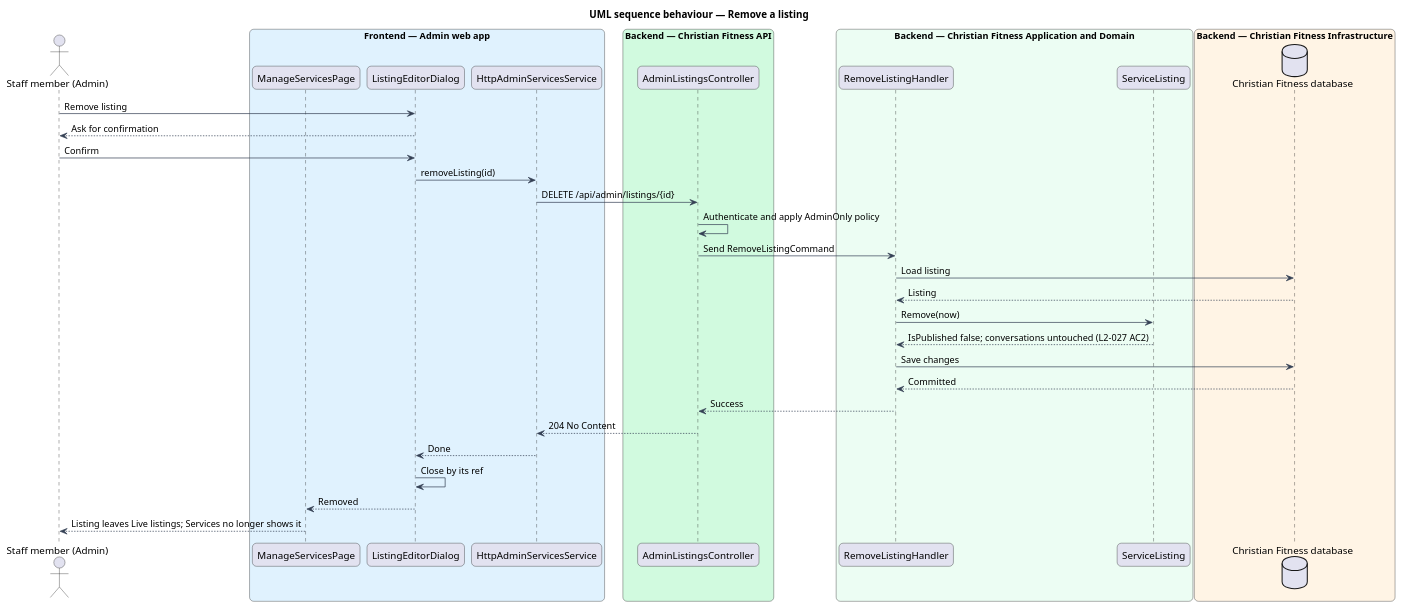
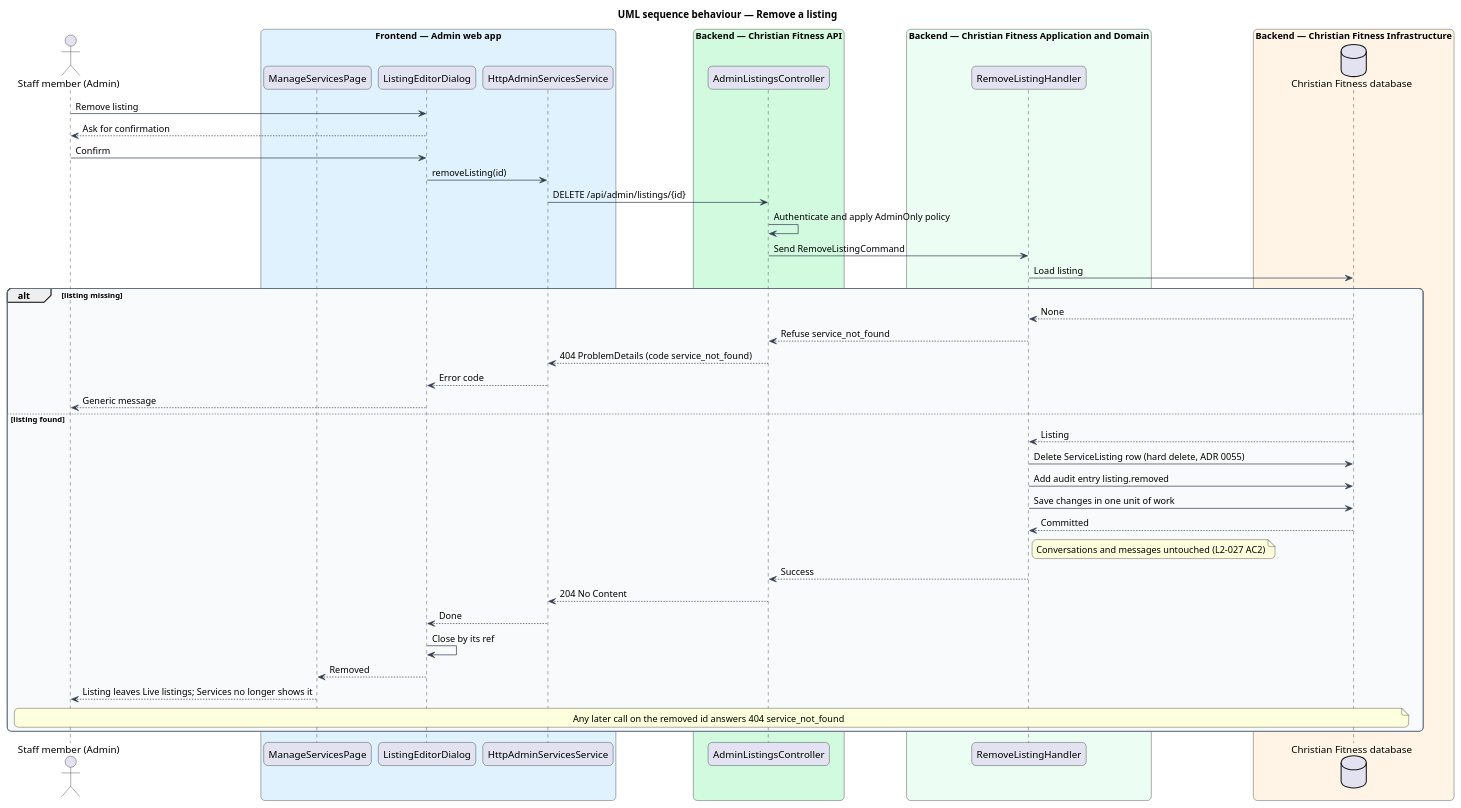
One commit to QuinntyneBrown/christian-fitness changed the diagram in docs/detailed-designs/admin-services/edit-and-remove-listings/diagrams/sequence-remove.puml. Above: the diagram before and after it, drawn with PlantUML. The commit also changed 17 other files, not shown here.

First line of the commit message:
Follow-ups: re-render stale diagrams and fix offline flake

```diff
--- a/docs/detailed-designs/admin-services/edit-and-remove-listings/diagrams/sequence-remove.puml
+++ b/docs/detailed-designs/admin-services/edit-and-remove-listings/diagrams/sequence-remove.puml
@@ -1,52 +1,61 @@
 @startuml
 title UML sequence behaviour — Remove a listing
 skinparam backgroundColor #FFFFFF
 skinparam shadowing false
 skinparam roundcorner 12
 skinparam defaultFontName Arial
 skinparam ArrowColor #344054
 skinparam rectangle {
   BorderColor #344054
   FontColor #101828
 }
 skinparam package {
   BorderColor #667085
   FontColor #101828
   BackgroundColor #F9FAFB
 }
 actor "Staff member (Admin)" as actor
 box "Frontend — Admin web app" #E0F2FE
   participant "ManageServicesPage" as page
   participant "ListingEditorDialog" as dlg
   participant "HttpAdminServicesService" as client
 end box
 box "Backend — Christian Fitness API" #D1FADF
   participant "AdminListingsController" as ctrl
 end box
 box "Backend — Christian Fitness Application and Domain" #ECFDF3
   participant "RemoveListingHandler" as h
-  participant "ServiceListing" as ent
 end box
 box "Backend — Christian Fitness Infrastructure" #FFF4E5
   database "Christian Fitness database" as db
 end box
 actor -> dlg : Remove listing
 dlg --> actor : Ask for confirmation
 actor -> dlg : Confirm
 dlg -> client : removeListing(id)
 client -> ctrl : DELETE /api/admin/listings/{id}
 ctrl -> ctrl : Authenticate and apply AdminOnly policy
 ctrl -> h : Send RemoveListingCommand
 h -> db : Load listing
-db --> h : Listing
-h -> ent : Remove(now)
-ent --> h : IsPublished false; conversations untouched (L2-027 AC2)
-h -> db : Save changes
-db --> h : Committed
-h --> ctrl : Success
-ctrl --> client : 204 No Content
-client --> dlg : Done
-dlg -> dlg : Close by its ref
-dlg --> page : Removed
-page --> actor : Listing leaves Live listings; Services no longer shows it
+alt listing missing
+  db --> h : None
+  h --> ctrl : Refuse service_not_found
+  ctrl --> client : 404 ProblemDetails (code service_not_found)
+  client --> dlg : Error code
+  dlg --> actor : Generic message
+else listing found
+  db --> h : Listing
+  h -> db : Delete ServiceListing row (hard delete, ADR 0055)
+  h -> db : Add audit entry listing.removed
+  h -> db : Save changes in one unit of work
+  db --> h : Committed
+  note right of h : Conversations and messages untouched (L2-027 AC2)
+  h --> ctrl : Success
+  ctrl --> client : 204 No Content
+  client --> dlg : Done
+  dlg -> dlg : Close by its ref
+  dlg --> page : Removed
+  page --> actor : Listing leaves Live listings; Services no longer shows it
+  note over actor, db : Any later call on the removed id answers 404 service_not_found
+end
 @enduml
```
